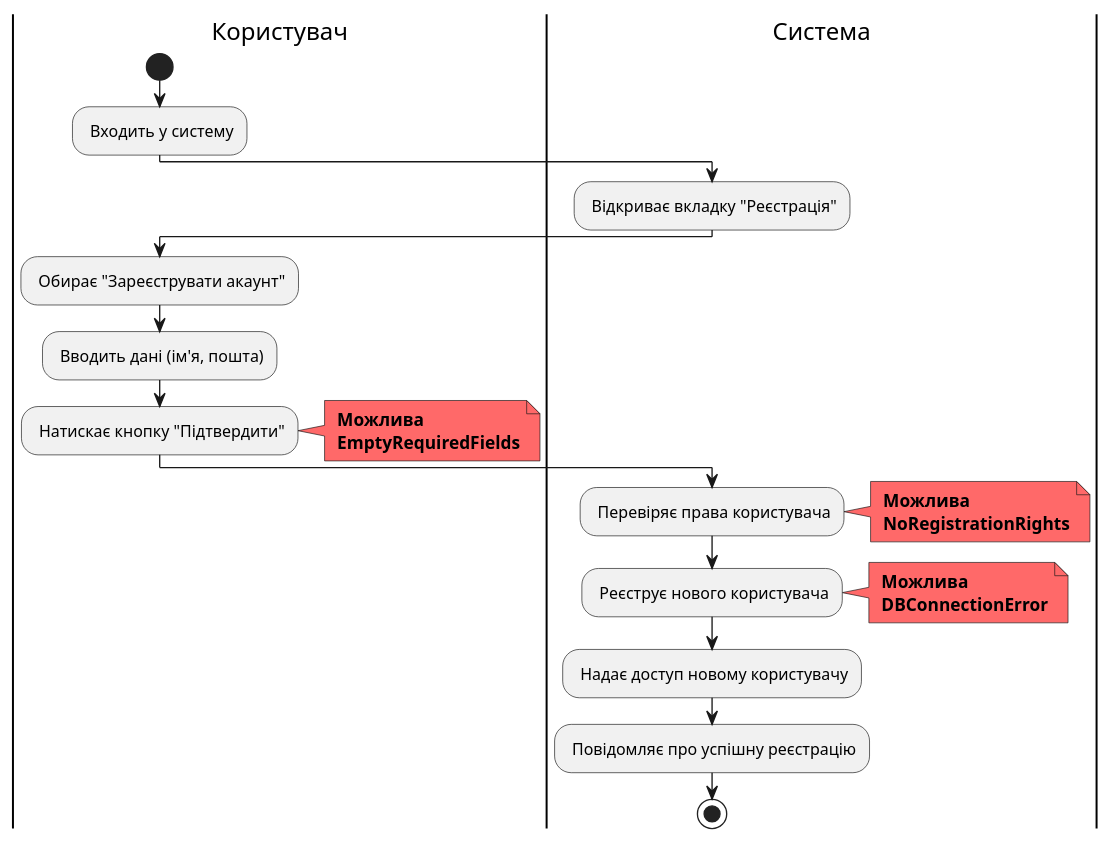
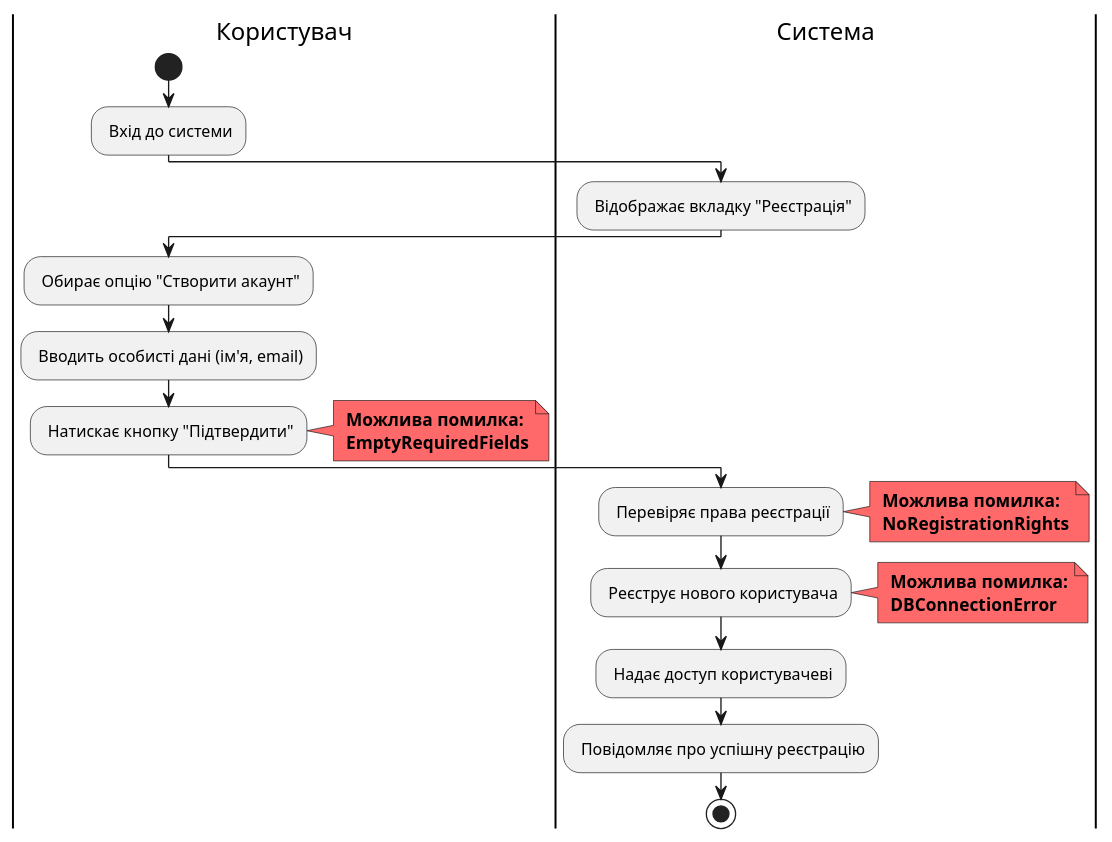
The fifth of 13 diagrams in docs/use cases/README.md (tyntyntynnnn/edu_db_labs), drawn with PlantUML before and after one commit. The commit also changed other lines of this file, not shown here.

Commit message:
diagrams

```diff
--- a/docs/use cases/README.md
+++ b/docs/use cases/README.md
@@ -233,35 +231,35 @@
 @startuml
 
-    |Користувач|
-    start;
-    : Входить у систему;
-    
-    |Система|
-        : Відкриває вкладку "Реєстрація";
-    
-    |Користувач|
-    : Обирає "Зареєструвати акаунт";
-    : Вводить дані (ім'я, пошта);
-    : Натискає кнопку "Підтвердити";
-    note right #FF6969
-    <b> Можлива
-    <b> EmptyRequiredFields
-    end note
-    
-    |Система|
-    : Перевіряє права користувача;
-    note right #FF6969
-    <b> Можлива
-    <b> NoRegistrationRights
-    end note
-    : Реєструє нового користувача;
-    note right #FF6969
-    <b> Можлива
-    <b> DBConnectionError
-    end note
-    
-    : Надає доступ новому користувачу;
-    : Повідомляє про успішну реєстрацію;
-    stop;
+|Користувач|
+start;
+: Вхід до системи;
+
+|Система|
+    : Відображає вкладку "Реєстрація";
+
+|Користувач|
+: Обирає опцію "Створити акаунт";
+: Вводить особисті дані (ім'я, email);
+: Натискає кнопку "Підтвердити";
+note right #FF6969
+<b> Можлива помилка:
+<b> EmptyRequiredFields
+end note
+
+|Система|
+: Перевіряє права реєстрації;
+note right #FF6969
+<b> Можлива помилка:
+<b> NoRegistrationRights
+end note
+: Реєструє нового користувача;
+note right #FF6969
+<b> Можлива помилка:
+<b> DBConnectionError
+end note
+
+: Надає доступ користувачеві;
+: Повідомляє про успішну реєстрацію;
+stop;
 
 @enduml
```
